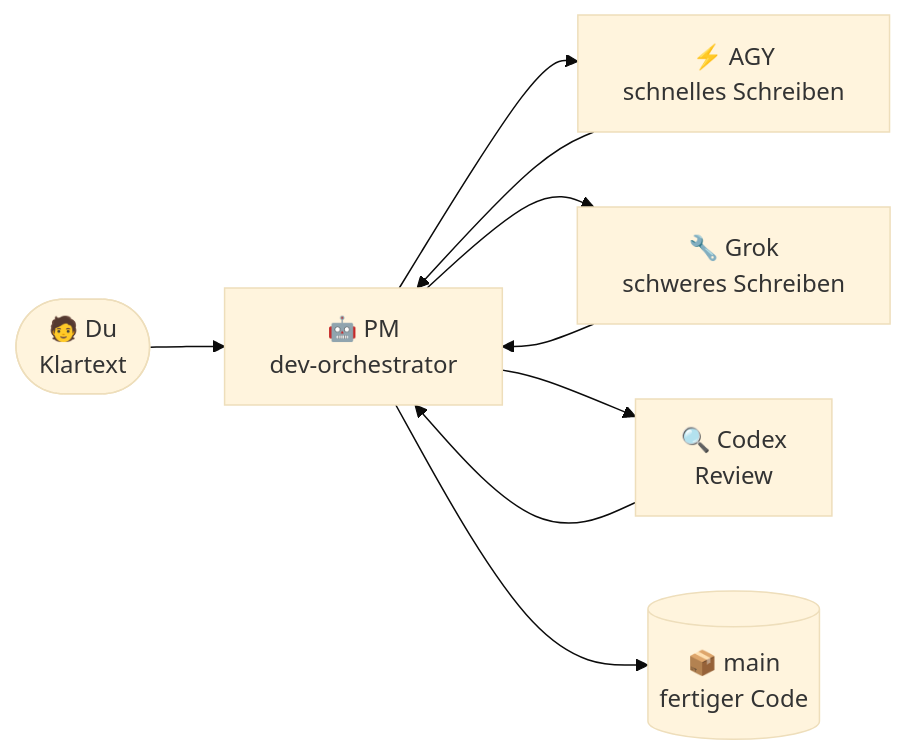
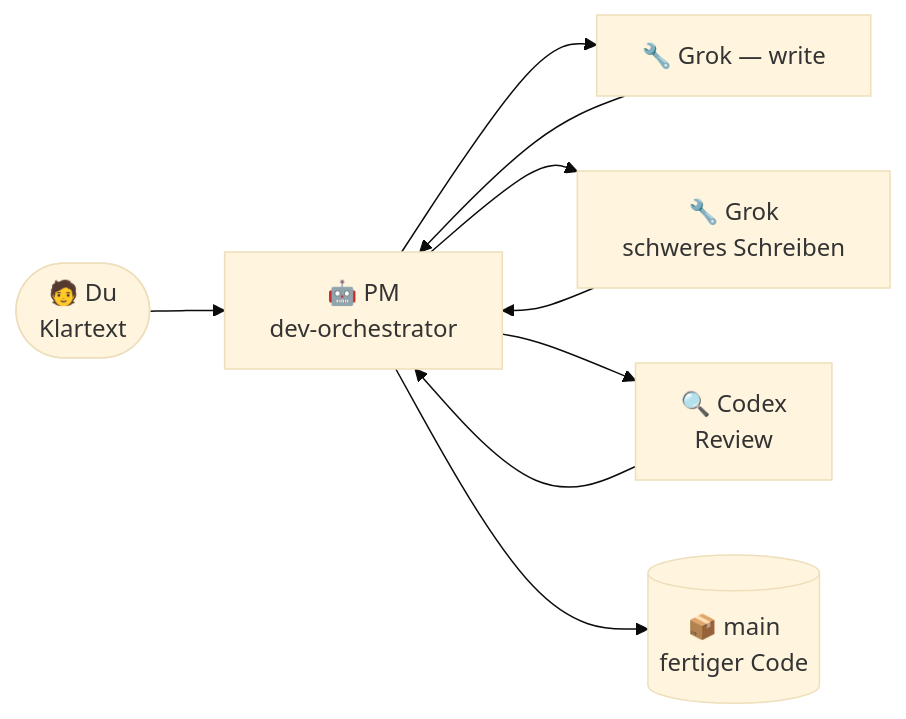
The diagram in docs/BEGINNER.de.md (VKirill/claude-lane-stack), drawn with Mermaid (base theme) before and after one commit. The commit also changed other lines of this file and 57 other files, not shown here.

First line of the commit message:
feat(lanes): Grok-only write + progressive MODE defaults

````diff
--- a/docs/BEGINNER.de.md
+++ b/docs/BEGINNER.de.md
@@ -20,11 +20,11 @@
 ```mermaid
 flowchart LR
     You(["🧑 Du<br/>Klartext"]) --> PM["🤖 PM<br/>dev-orchestrator"]
-    PM --> W1["⚡ AGY<br/>schnelles Schreiben"]
+    PM --> W1["🔧 Grok — write"]
     PM --> W2["🔧 Grok<br/>schweres Schreiben"]
     PM --> W3["🔍 Codex<br/>Review"]
     W1 --> PM
     W2 --> PM
     W3 --> PM
     PM --> Main[("📦 main<br/>fertiger Code")]
 ```
````
